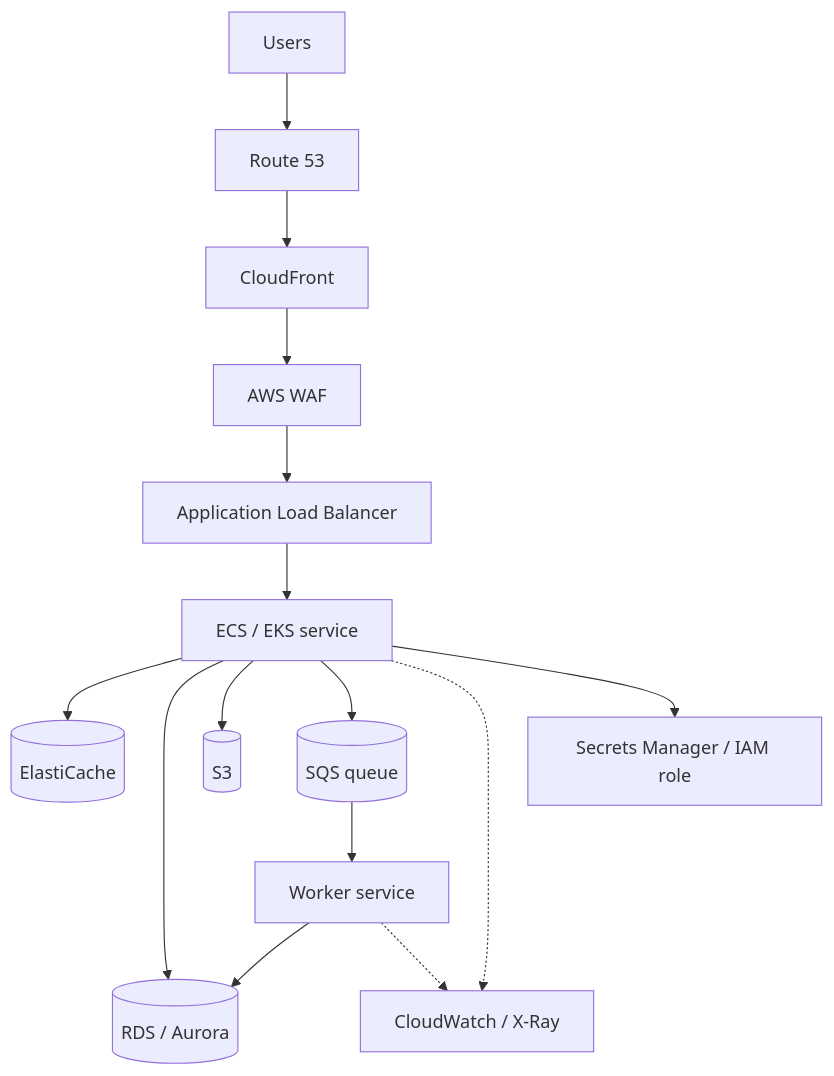
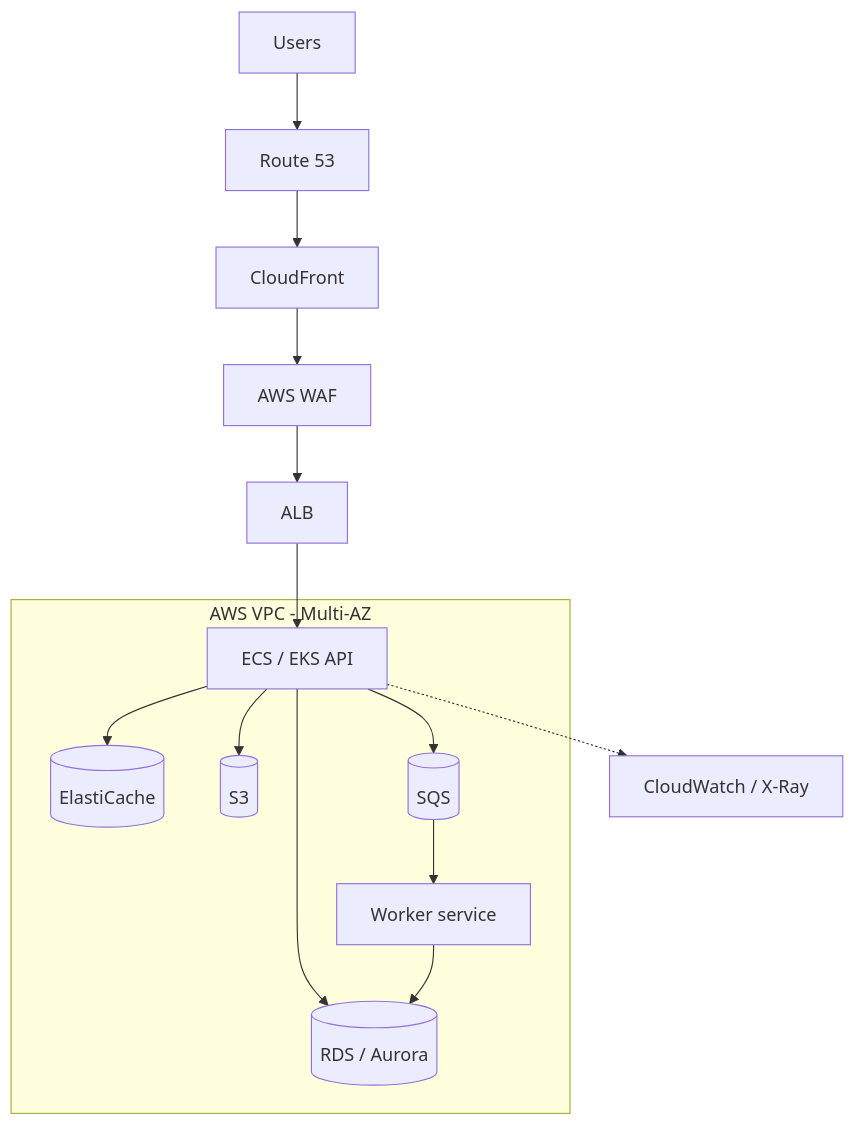
The first of 3 diagrams in cloud_architecture/README.md (luckyhegde6/HLD_patterns), drawn with Mermaid before and after one commit. The commit also changed other lines of this file, not shown here.

Commit message:
docs: add AWS GCP visual overview and connector legend

````diff
--- a/cloud_architecture/README.md
+++ b/cloud_architecture/README.md
@@ -7,17 +14,23 @@
 ```mermaid
 flowchart TB
-  U[Users] --> R53[Route 53]
-  R53 --> CF[CloudFront]
-  CF --> WAF[AWS WAF]
-  WAF --> ALB[Application Load Balancer]
-  ALB --> ECS[ECS / EKS service]
-  ECS --> CACHE[(ElastiCache)]
-  ECS --> DB[(RDS / Aurora)]
-  ECS --> S3[(S3)]
-  ECS --> SQS[(SQS queue)]
-  SQS --> WORKER[Worker service]
-  WORKER --> DB
-  ECS -.-> CW[CloudWatch / X-Ray]
-  WORKER -.-> CW
-  ECS --> SM[Secrets Manager / IAM role]
+  U[Users] --> DNS[Route 53]
+  DNS --> CDN[CloudFront]
+  CDN --> WAF[AWS WAF]
+  WAF --> ALB[ALB]
+  subgraph AWS[AWS VPC - Multi-AZ]
+    API[ECS / EKS API]
+    CACHE[(ElastiCache)]
+    DB[(RDS / Aurora)]
+    S3[(S3)]
+    Q[(SQS)]
+    W[Worker service]
+    API --> CACHE
+    API --> DB
+    API --> S3
+    API --> Q
+    Q --> W
+    W --> DB
+  end
+  ALB --> API
+  API -.-> OBS[CloudWatch / X-Ray]
 ```
````
